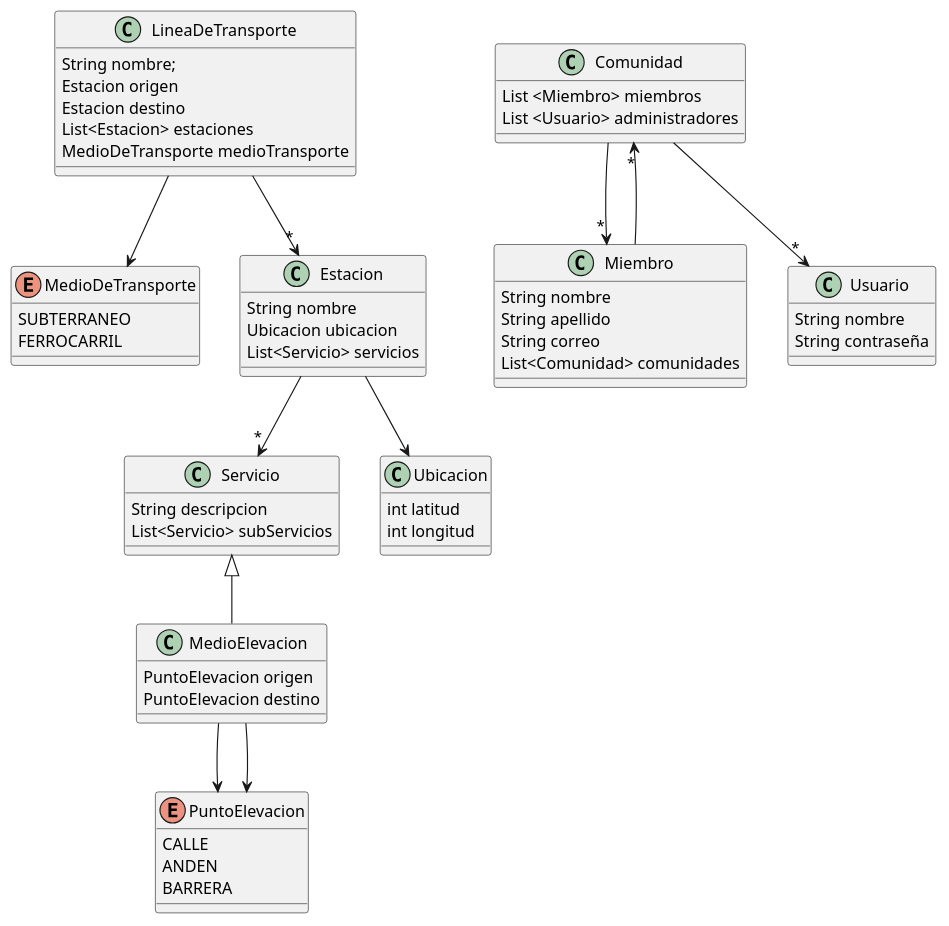
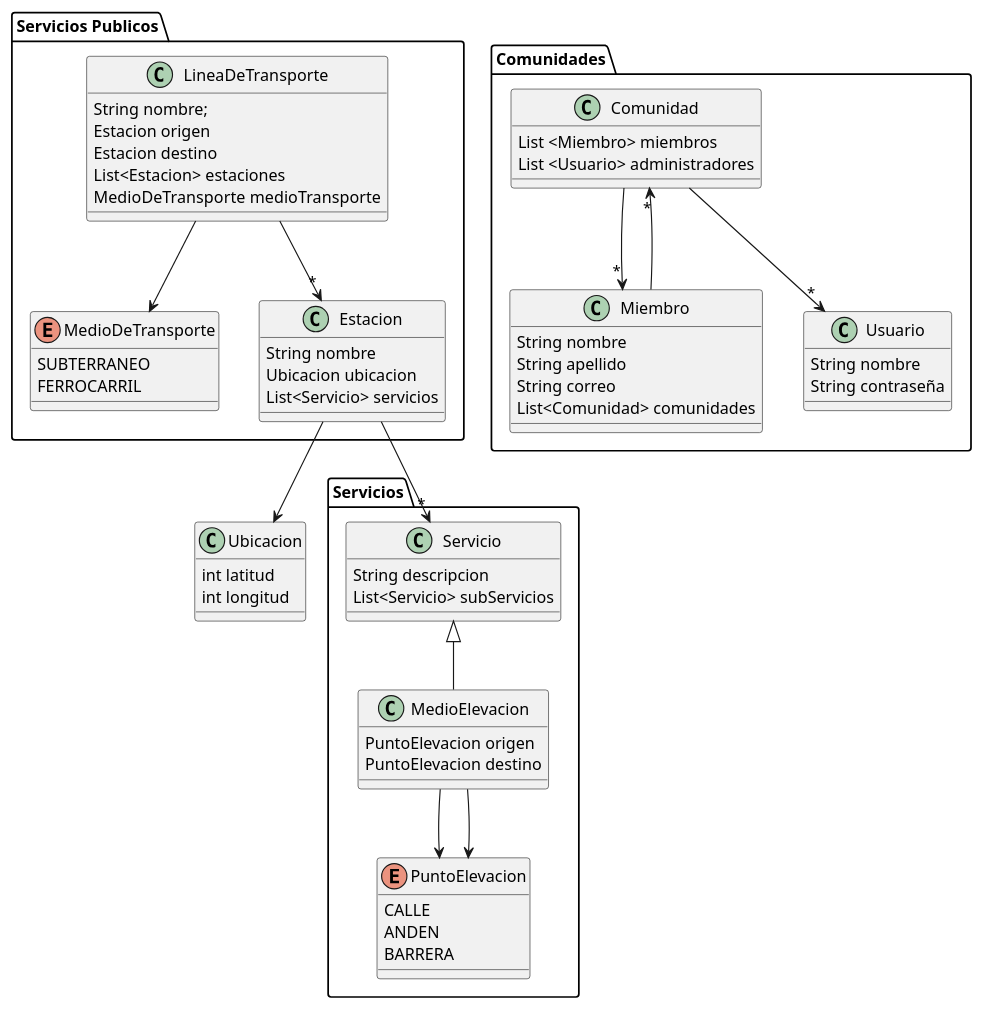
Before and after one commit to LucasBarr99/DDS-K3002-Grupo7-TPANUAL: the diagram in src/diagramaDeClases.puml, drawn with PlantUML. The commit also changed 12 other files, not shown here.

Commit message:
Diagrama de clases con packages

```diff
--- a/src/diagramaDeClases.puml
+++ b/src/diagramaDeClases.puml
@@ -1,72 +1,81 @@
 @startuml
 'https://plantuml.com/class-diagram
 
+
+class Ubicacion{
+    int latitud
+    int longitud
+}
+
+package "Servicios Publicos"{
 class LineaDeTransporte{
     String nombre;
     Estacion origen
     Estacion destino
     List<Estacion> estaciones
     MedioDeTransporte medioTransporte
 }
 Enum MedioDeTransporte{
     SUBTERRANEO
     FERROCARRIL
 }
 
+
+
+class Estacion{
+    String nombre
+    Ubicacion ubicacion
+    List<Servicio> servicios
+}
+}
+
+package "Servicios"{
 class Servicio{
     String descripcion
     List<Servicio> subServicios
 }
 
 class MedioElevacion{
     PuntoElevacion origen
     PuntoElevacion destino
 }
 
 Enum PuntoElevacion {
     CALLE
     ANDEN
     BARRERA
 }
-
-class Estacion{
-    String nombre
-    Ubicacion ubicacion
-    List<Servicio> servicios
 }
 
-class Ubicacion{
-    int latitud
-    int longitud
-}
-
+package "Comunidades"{
 class Comunidad{
     List <Miembro> miembros
     List <Usuario> administradores
 }
 class Miembro{
     String nombre
     String apellido
     String correo
     List<Comunidad> comunidades
 }
 
 class Usuario{
      String nombre
      String contraseña    
 
 }
+}
 
 LineaDeTransporte -->"*" Estacion
 LineaDeTransporte --> MedioDeTransporte
 Servicio <|-- MedioElevacion
 MedioElevacion --> PuntoElevacion
 MedioElevacion --> PuntoElevacion
 Estacion --> Ubicacion
 Estacion -->"*" Servicio
 Comunidad -->"*" Miembro
 Comunidad -->"*" Usuario
 Miembro -->"*" Comunidad
 
 
 @endum
```
